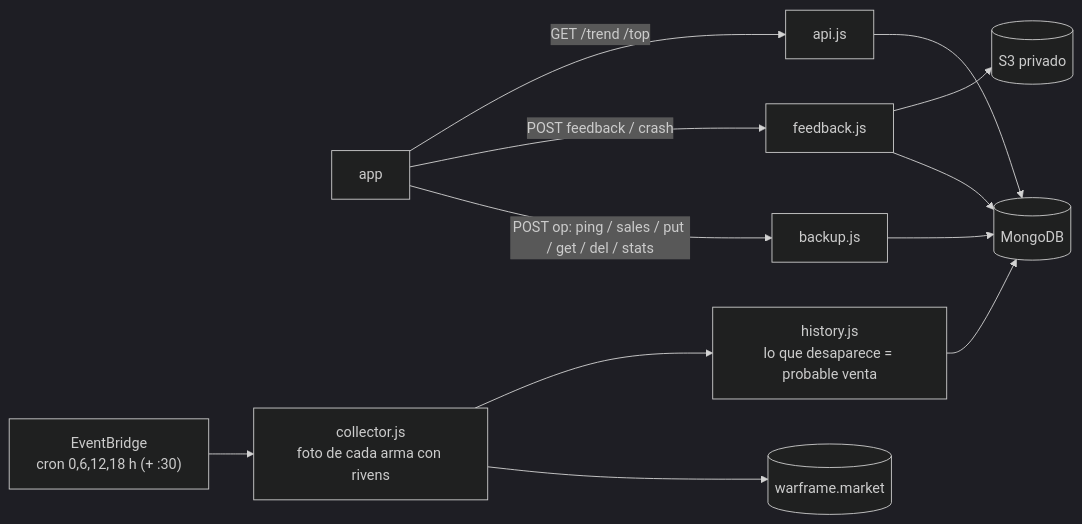
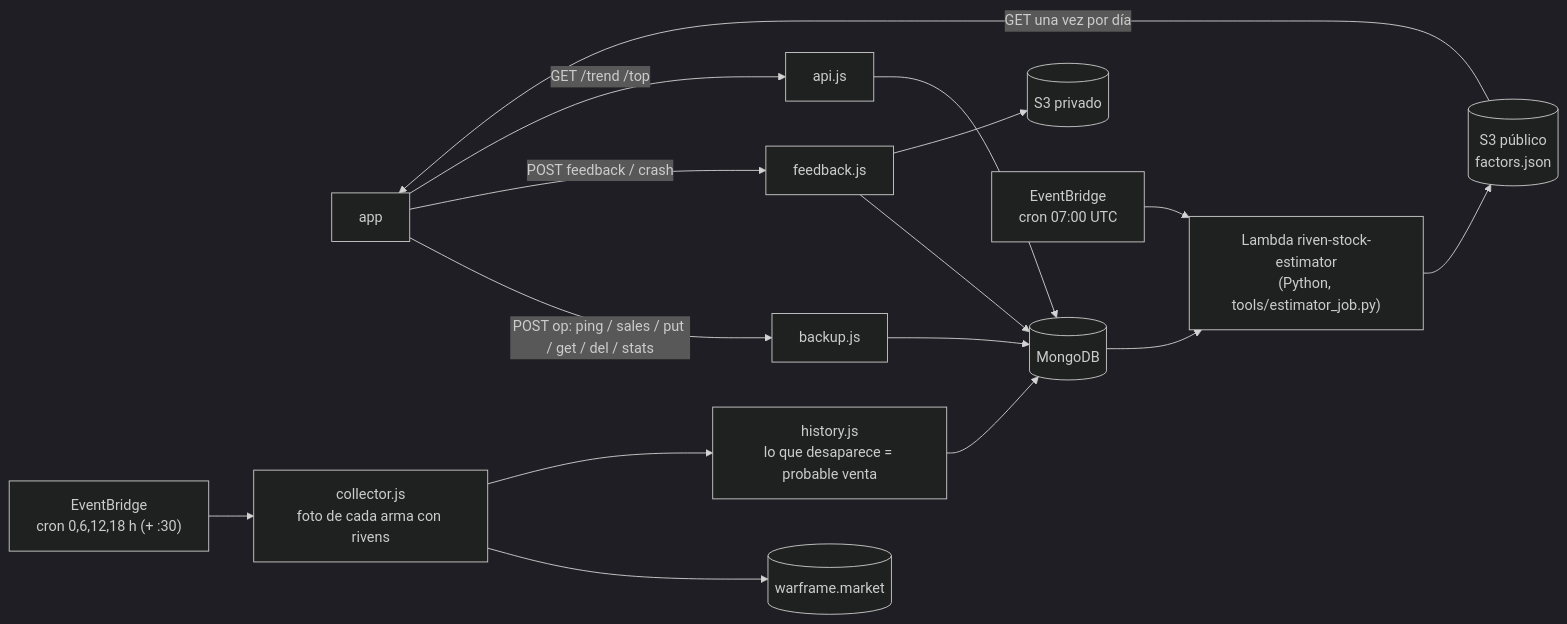
Before and after one commit to Franh01/riven-stock: the seventh of 8 diagrams in docs/ARQUITECTURA.md, drawn with Mermaid (dark theme). The commit also changed other lines of this file and 15 other files, not shown here.

````diff
--- a/docs/ARQUITECTURA.md
+++ b/docs/ARQUITECTURA.md
@@ -166,14 +167,18 @@
 ```mermaid
 flowchart LR
     APP["app"] -- "POST op: ping / sales / put / get / del / stats" --> B["backup.js"]
     APP -- "POST feedback / crash" --> F["feedback.js"]
     APP -- "GET /trend /top" --> API["api.js"]
     EB["EventBridge<br/>cron 0,6,12,18 h (+ :30)"] --> CO["collector.js<br/>foto de cada arma con rivens"]
     CO --> WM[("warframe.market")]
     CO --> H["history.js<br/>lo que desaparece = probable venta"]
     H --> M[("MongoDB")]
     B --> M
     F --> M
     F --> S3[("S3 privado")]
     API --> M
+    EB2["EventBridge<br/>cron 07:00 UTC"] --> L["Lambda riven-stock-estimator<br/>(Python, tools/estimator_job.py)"]
+    M --> L
+    L --> PUB[("S3 público<br/>factors.json")]
+    PUB -- "GET una vez por día" --> APP
 ```
````
